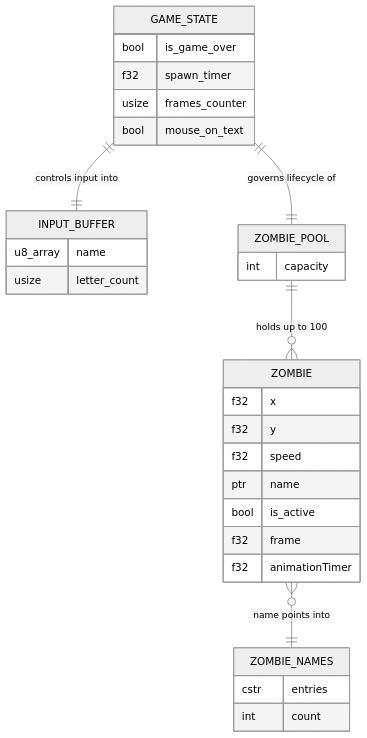
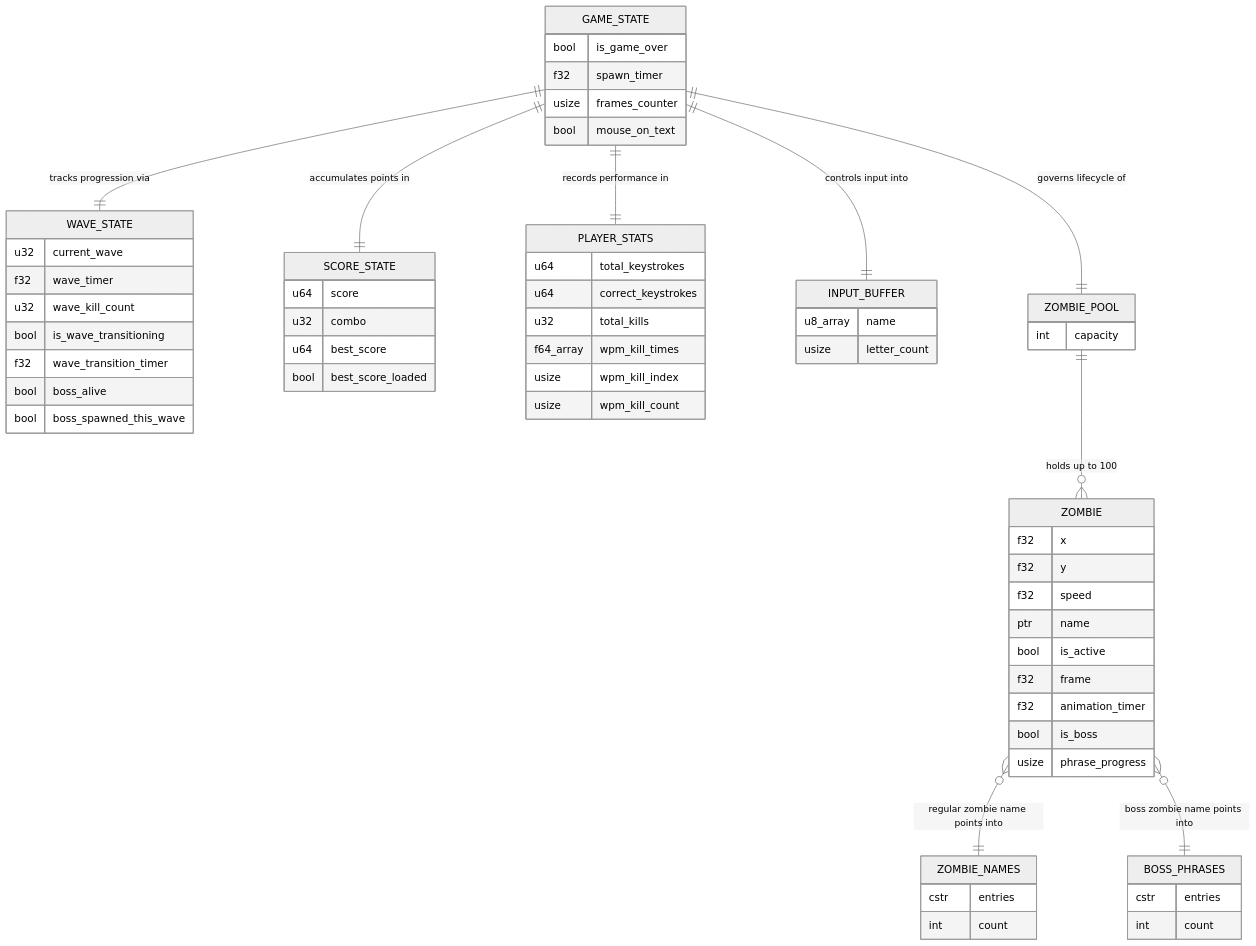
Before and after one commit to bfernandez31/death-note: the first of 3 diagrams in specs/specifications/data-model.md, drawn with Mermaid (neutral theme). The commit also changed other lines of this file and 8 other files, not shown here.

````diff
--- a/specs/specifications/data-model.md
+++ b/specs/specifications/data-model.md
@@ -40,38 +49,75 @@
 ```mermaid
 erDiagram
     GAME_STATE {
         bool is_game_over
         f32 spawn_timer
         usize frames_counter
         bool mouse_on_text
+    }
+
+    WAVE_STATE {
+        u32 current_wave
+        f32 wave_timer
+        u32 wave_kill_count
+        bool is_wave_transitioning
+        f32 wave_transition_timer
+        bool boss_alive
+        bool boss_spawned_this_wave
+    }
+
+    SCORE_STATE {
+        u64 score
+        u32 combo
+        u64 best_score
+        bool best_score_loaded
+    }
+
+    PLAYER_STATS {
+        u64 total_keystrokes
+        u64 correct_keystrokes
+        u32 total_kills
+        f64_array wpm_kill_times
+        usize wpm_kill_index
+        usize wpm_kill_count
     }
 
     INPUT_BUFFER {
         u8_array name
         usize letter_count
     }
 
     ZOMBIE_POOL {
         int capacity
     }
 
     ZOMBIE {
         f32 x
         f32 y
         f32 speed
         ptr name
         bool is_active
         f32 frame
-        f32 animationTimer
+        f32 animation_timer
+        bool is_boss
+        usize phrase_progress
     }
 
     ZOMBIE_NAMES {
         cstr entries
         int count
     }
 
+    BOSS_PHRASES {
+        cstr entries
+        int count
+    }
+
     GAME_STATE ||--|| INPUT_BUFFER : "controls input into"
     GAME_STATE ||--|| ZOMBIE_POOL : "governs lifecycle of"
+    GAME_STATE ||--|| WAVE_STATE : "tracks progression via"
+    GAME_STATE ||--|| SCORE_STATE : "accumulates points in"
+    GAME_STATE ||--|| PLAYER_STATS : "records performance in"
     ZOMBIE_POOL ||--o{ ZOMBIE : "holds up to 100"
-    ZOMBIE }o--|| ZOMBIE_NAMES : "name points into"
+    ZOMBIE }o--|| ZOMBIE_NAMES : "regular zombie name points into"
+    ZOMBIE }o--|| BOSS_PHRASES : "boss zombie name points into"
 ```
````
